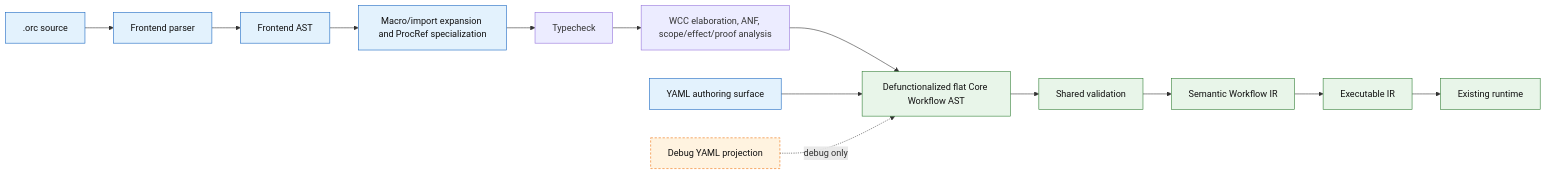
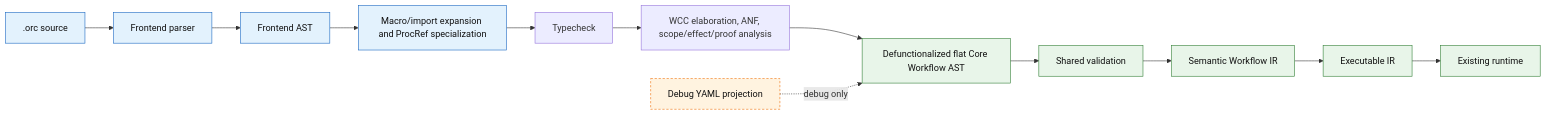
The first of 9 diagrams in docs/design/workflow_lisp_frontend_specification.md (hoidn/agent-orchestration), drawn with Mermaid before and after one commit. The commit also changed other lines of this file and 32 other files, not shown here.

````diff
--- a/docs/design/workflow_lisp_frontend_specification.md
+++ b/docs/design/workflow_lisp_frontend_specification.md
@@ -64,24 +66,23 @@
 ```mermaid
 flowchart LR
     Source[".orc source"] --> Parse["Frontend parser"]
     Parse --> FrontendAST["Frontend AST"]
     FrontendAST --> Expand["Macro/import expansion and ProcRef specialization"]
     Expand --> Typed["Typecheck"]
     Typed --> WCC["WCC elaboration, ANF, scope/effect/proof analysis"]
     WCC --> CoreAST["Defunctionalized flat Core Workflow AST"]
     CoreAST --> SharedValidation["Shared validation"]
     SharedValidation --> SemanticIR["Semantic Workflow IR"]
     SemanticIR --> ExecutableIR["Executable IR"]
     ExecutableIR --> Runtime["Existing runtime"]
 
-    YAML["YAML authoring surface"] --> CoreAST
     DebugYAML["Debug YAML projection"] -. debug only .-> CoreAST
 
     classDef authority fill:#e8f5e9,stroke:#2e7d32,color:#111;
     classDef frontend fill:#e3f2fd,stroke:#1565c0,color:#111;
     classDef projection fill:#fff3e0,stroke:#ef6c00,color:#111,stroke-dasharray: 4 3;
 
     class CoreAST,SharedValidation,SemanticIR,ExecutableIR,Runtime authority;
-    class Source,Parse,FrontendAST,Expand,YAML frontend;
+    class Source,Parse,FrontendAST,Expand frontend;
     class DebugYAML projection;
 ```
````
